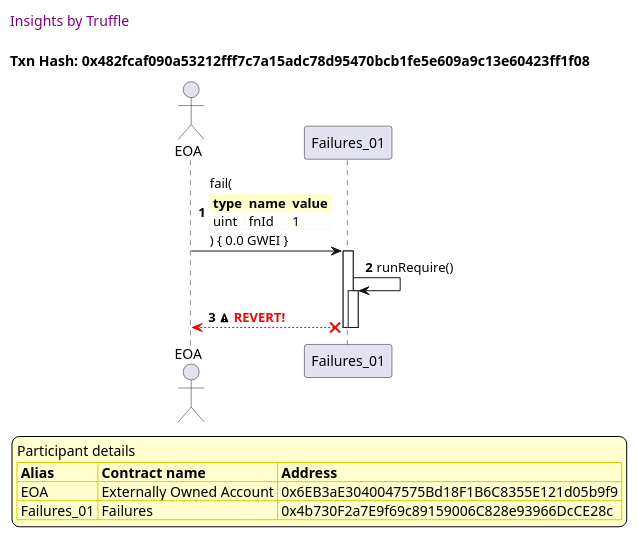
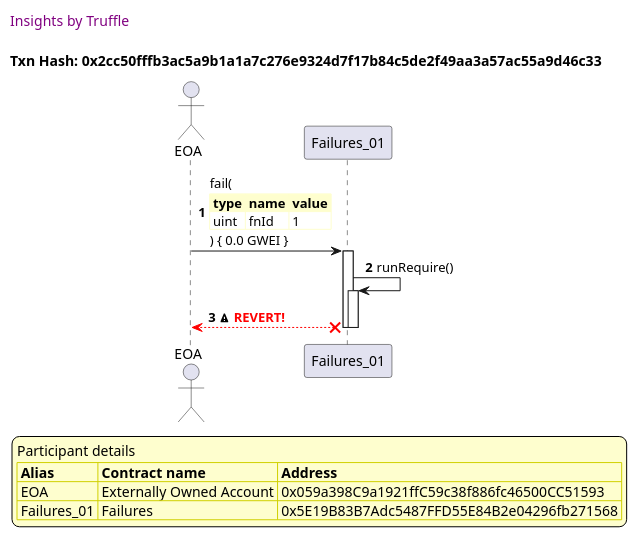
Before and after one commit to trufflesuite/txlog-seedlings: the second of 12 diagrams in truffle-seq/failures.test.md, drawn with PlantUML. The commit also changed other lines of this file and 8 other files, not shown here.

````diff
--- a/truffle-seq/failures.test.md
+++ b/truffle-seq/failures.test.md
@@ -69,43 +69,43 @@
 ```plantuml
 
 
 @startuml
 
 autonumber
 skinparam legendBackgroundColor #FEFECE
 
 <style>
       header {
         HorizontalAlignment left
         FontColor purple
         FontSize 14
         Padding 10
       }
     </style>
 
 header Insights by Truffle
 
-title Txn Hash: 0x482fcaf090a53212fff7c7a15adc78d95470bcb1fe5e609a9c13e60423ff1f08
+title Txn Hash: 0x2cc50fffb3ac5a9b1a1a7c276e9324d7f17b84c5de2f49aa3a57ac55a9d46c33
 
 
 actor EOA as "EOA"
 participant Failures_01 as "Failures_01"
 
 "EOA" -> "Failures_01" ++: fail(\n\
 <#FEFECE,#FEFECE>|= type |= name |= value |\n\
 | uint | fnId | 1 |\n\
 ) { 0.0 GWEI }
 "Failures_01" -> "Failures_01" ++: runRequire()
 "Failures_01" x-[#red]-> "EOA" --: <&warning> <color #red>**REVERT!**</color>
 deactivate "Failures_01"
 deactivate "Failures_01"
 
 legend
 Participant details
 <#FEFECE,#D0D000>|= Alias |= Contract name |= Address |
-<#FEFECE>| EOA | Externally Owned Account | 0x6EB3aE3040047575Bd18F1B6C8355E121d05b9f9 |
-<#FEFECE>| Failures_01 | Failures | 0x4b730F2a7E9f69c89159006C828e93966DcCE28c |
+<#FEFECE>| EOA | Externally Owned Account | 0x059a398C9a1921ffC59c38f886fc46500CC51593 |
+<#FEFECE>| Failures_01 | Failures | 0x5E19B83B7Adc5487FFD55E84B2e04296fb271568 |
 endlegend
 
 @enduml
 ```
````
